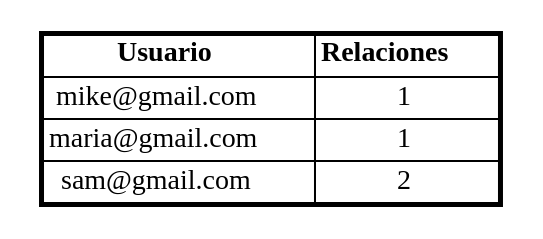
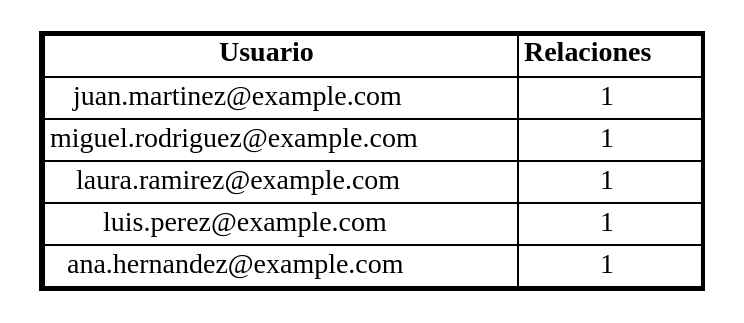
The diagram in Fase1/output/top5MenosAmigos.dot (Kevin-alvarez1/PROYECTO_MULTIFASES_RED_SOCIAL), drawn with Graphviz before and after one commit. The commit also changed 23 other files, not shown here.

```diff
--- a/Fase1/output/top5MenosAmigos.dot
+++ b/Fase1/output/top5MenosAmigos.dot
@@ -1,10 +1,12 @@
 digraph G {
 node [shape=plaintext];
 TOP5_USUARIOS [label=<
 <table border='2' cellborder='1' cellspacing='0'>
 <tr><td><b>Usuario</b></td><td><b>Relaciones</b></td></tr>
-<tr><td>mike@gmail.com</td><td>1</td></tr>
-<tr><td>maria@gmail.com</td><td>1</td></tr>
-<tr><td>sam@gmail.com</td><td>2</td></tr>
+<tr><td>juan.martinez@example.com</td><td>1</td></tr>
+<tr><td>miguel.rodriguez@example.com</td><td>1</td></tr>
+<tr><td>laura.ramirez@example.com</td><td>1</td></tr>
+<tr><td>luis.perez@example.com</td><td>1</td></tr>
+<tr><td>ana.hernandez@example.com</td><td>1</td></tr>
 </table>>];
 }
```
